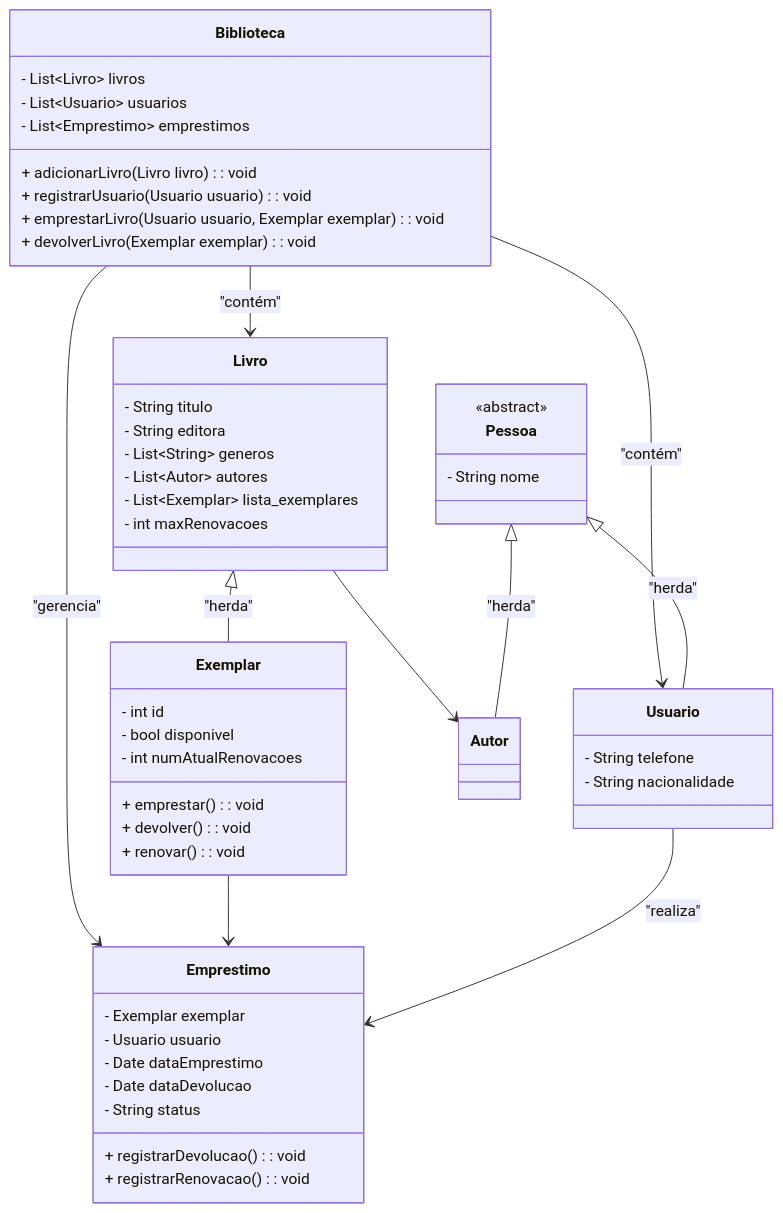
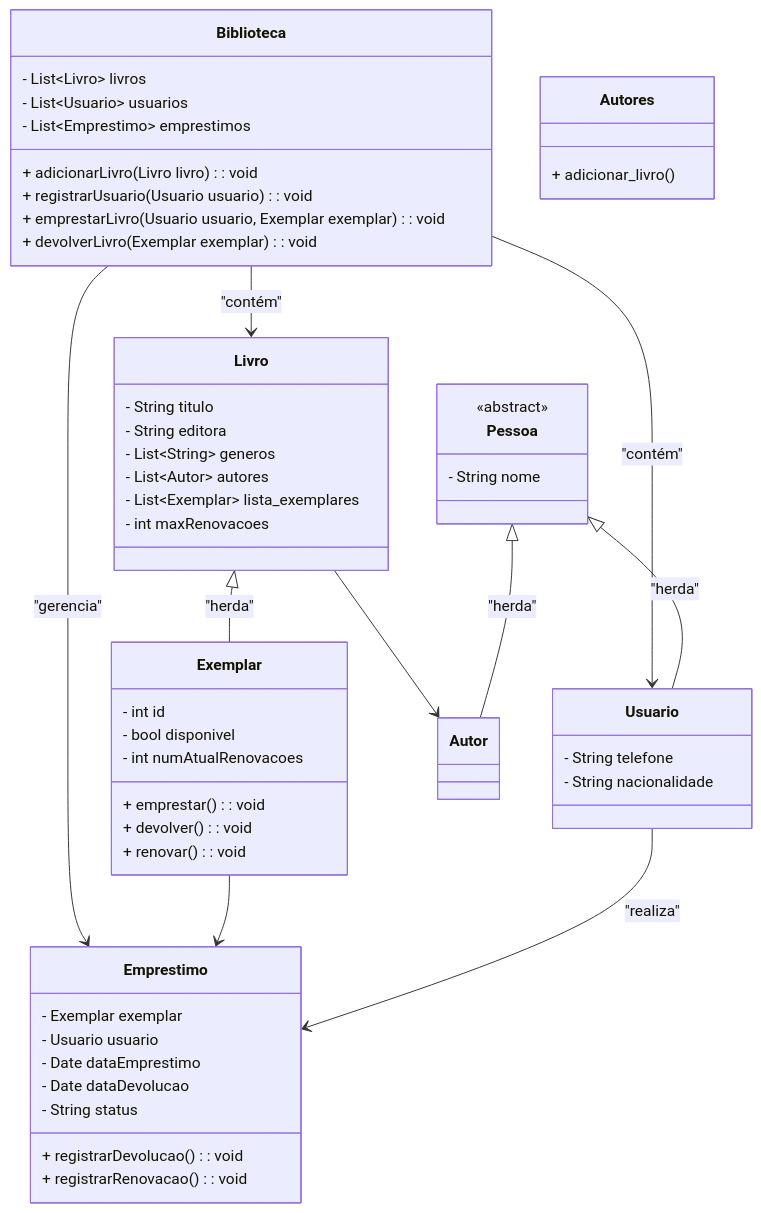
One commit to Squad-eniac/poo_SquadENIAC changed the diagram in README.MD. Above: the diagram before and after it, drawn with Mermaid.

````diff
--- a/README.MD
+++ b/README.MD
@@ -34,66 +34,66 @@
 ```mermaid
 
 classDiagram
     class Biblioteca {
         - List~Livro~ livros
         - List~Usuario~ usuarios
         - List~Emprestimo~ emprestimos
         + adicionarLivro(Livro livro): void
         + registrarUsuario(Usuario usuario): void
         + emprestarLivro(Usuario usuario, Exemplar exemplar): void
         + devolverLivro(Exemplar exemplar): void
     }
 
     class Livro {
         - String titulo
         - String editora
         - List~String~ generos
         - List~Autor~ autores
         - List~Exemplar~ lista_exemplares
         - int maxRenovacoes
     }
 
     class Exemplar {
         - int id
         - bool disponivel
         - int numAtualRenovacoes
         + emprestar(): void
         + devolver(): void
         + renovar(): void
     }
 
     class Pessoa {
         <<abstract>>
         - String nome
     }
 
     class Usuario {
         - String telefone
         - String nacionalidade
     }
 
-    class Autor {
-        
+    class Autores {
+        +  adicionar_livro()
     }
 
     class Emprestimo {
         - Exemplar exemplar
         - Usuario usuario
         - Date dataEmprestimo
         - Date dataDevolucao
         - String status
         + registrarDevolucao(): void
         + registrarRenovacao(): void
     }
 
     Biblioteca --> Livro : "contém"
     Biblioteca --> Usuario : "contém"
     Biblioteca --> Emprestimo : "gerencia"
     Livro <|-- Exemplar : "herda"
     Exemplar --> Emprestimo 
     Usuario --> Emprestimo : "realiza"
     Livro --> Autor 
     Pessoa <|-- Usuario : "herda"
     Pessoa <|-- Autor : "herda"
 
 ```
````
